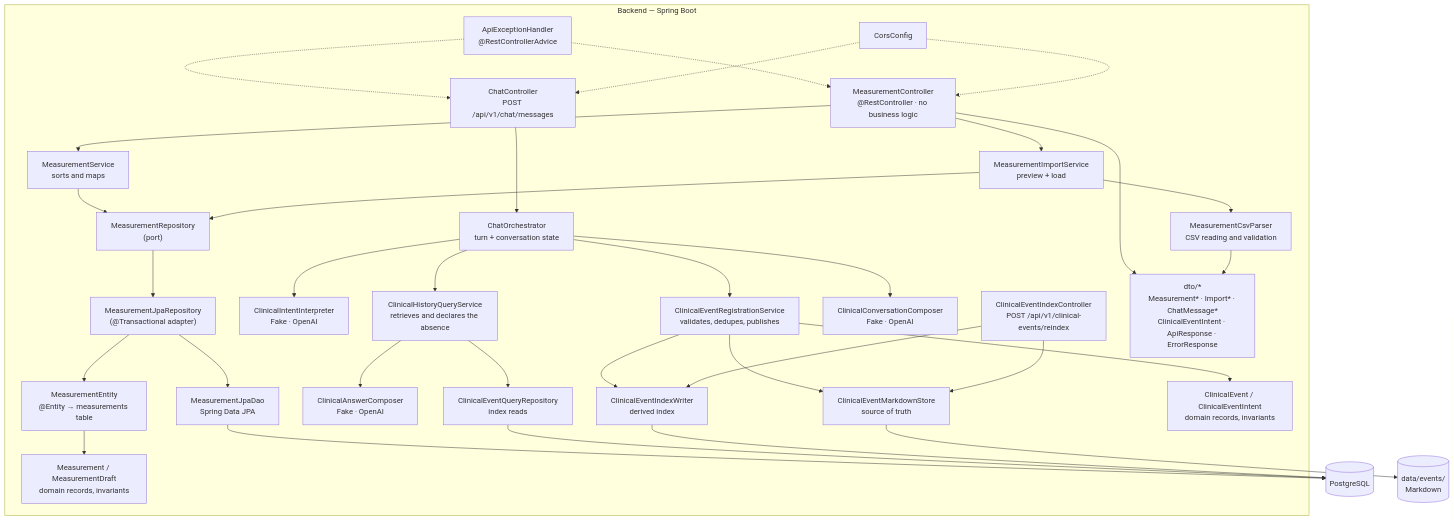
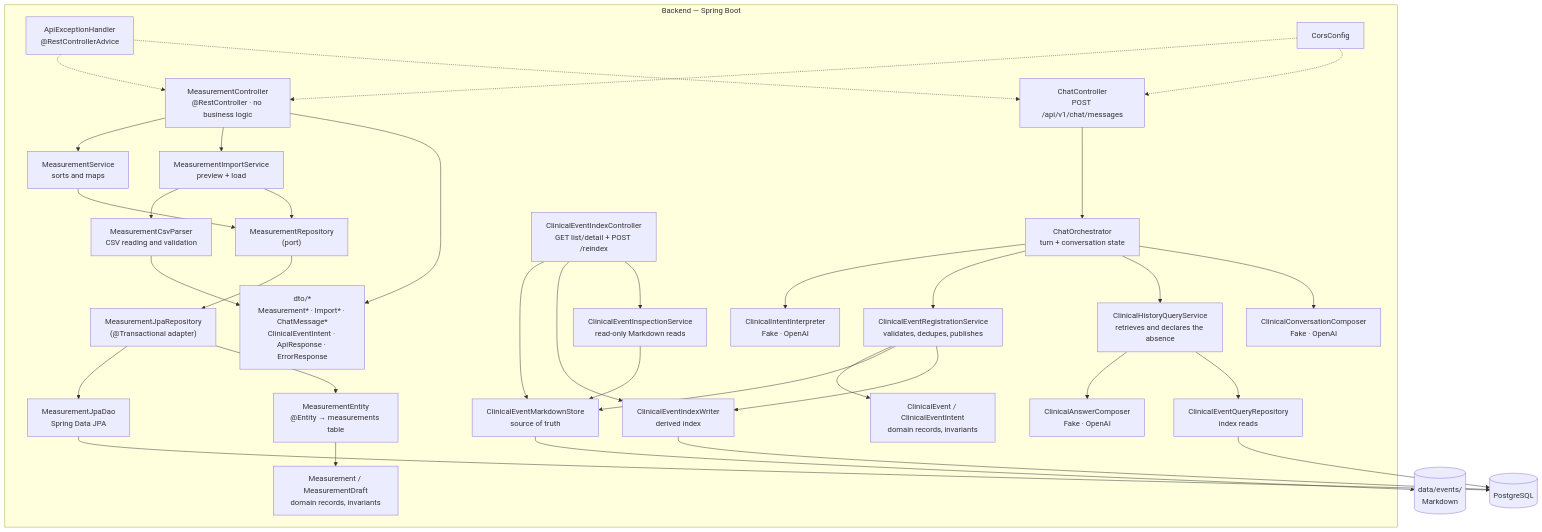
The third of 4 diagrams in docs/architecture.md (devmauriciopineda/careme), drawn with Mermaid before and after one commit. The commit also changed other lines of this file and 68 other files, not shown here.

````diff
--- a/docs/architecture.md
+++ b/docs/architecture.md
@@ -154,62 +154,65 @@
 ```mermaid
 flowchart TB
     subgraph backend["Backend — Spring Boot"]
         ctrl["MeasurementController<br/>@RestController · no business logic"]
         svc["MeasurementService<br/>sorts and maps"]
         imp["MeasurementImportService<br/>preview + load"]
         parser["MeasurementCsvParser<br/>CSV reading and validation"]
         port["MeasurementRepository<br/>(port)"]
         adapter["MeasurementJpaRepository<br/>(@Transactional adapter)"]
         dao["MeasurementJpaDao<br/>Spring Data JPA"]
         entity["MeasurementEntity<br/>@Entity → measurements table"]
         domain["Measurement / MeasurementDraft<br/>domain records, invariants"]
         chatCtrl["ChatController<br/>POST /api/v1/chat/messages"]
         orchestrator["ChatOrchestrator<br/>turn + conversation state"]
         interpreter["ClinicalIntentInterpreter<br/>Fake · OpenAI"]
         regSvc["ClinicalEventRegistrationService<br/>validates, dedupes, publishes"]
         histSvc["ClinicalHistoryQueryService<br/>retrieves and declares the absence"]
         composer["ClinicalAnswerComposer<br/>Fake · OpenAI"]
         convComposer["ClinicalConversationComposer<br/>Fake · OpenAI"]
         queryRepo["ClinicalEventQueryRepository<br/>index reads"]
         mdStore["ClinicalEventMarkdownStore<br/>source of truth"]
         idxWriter["ClinicalEventIndexWriter<br/>derived index"]
-        evtCtrl["ClinicalEventIndexController<br/>POST /api/v1/clinical-events/reindex"]
+        evtCtrl["ClinicalEventIndexController<br/>GET list/detail + POST /reindex"]
+        inspSvc["ClinicalEventInspectionService<br/>read-only Markdown reads"]
         evtDomain["ClinicalEvent / ClinicalEventIntent<br/>domain records, invariants"]
         dtos["dto/*<br/>Measurement* · Import* · ChatMessage*<br/>ClinicalEventIntent · ApiResponse · ErrorResponse"]
         exc["ApiExceptionHandler<br/>@RestControllerAdvice"]
         cors["CorsConfig"]
     end
     pg[("PostgreSQL")]
     fs[("data/events/<br/>Markdown")]
     ctrl --> svc
     ctrl --> imp
     ctrl --> dtos
     imp --> parser
     svc --> port
     imp --> port
     parser --> dtos
     port --> adapter
     adapter --> dao
     adapter --> entity
     entity --> domain
     dao --> pg
     chatCtrl --> orchestrator
     orchestrator --> interpreter
     orchestrator --> regSvc
     orchestrator --> histSvc
     orchestrator --> convComposer
     histSvc --> composer
     histSvc --> queryRepo
     queryRepo --> pg
     regSvc --> evtDomain
     regSvc --> mdStore
     regSvc --> idxWriter
     evtCtrl --> mdStore
     evtCtrl --> idxWriter
+    evtCtrl --> inspSvc
+    inspSvc --> mdStore
     mdStore --> fs
     idxWriter --> pg
     exc -.-> ctrl
     exc -.-> chatCtrl
     cors -.-> ctrl
     cors -.-> chatCtrl
 ```
````
